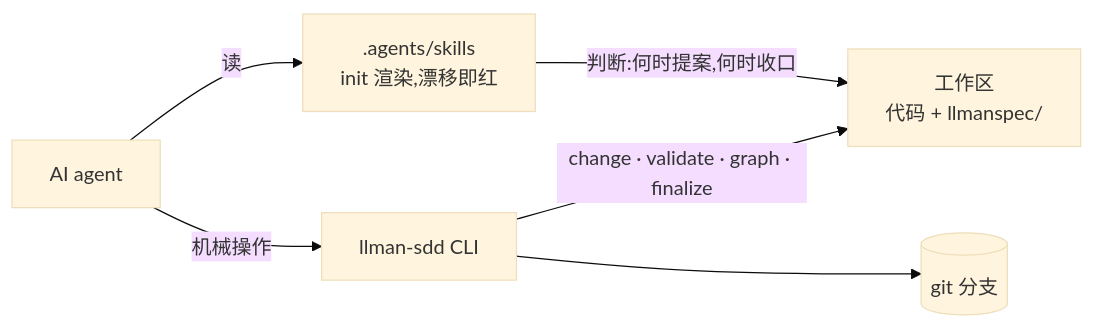
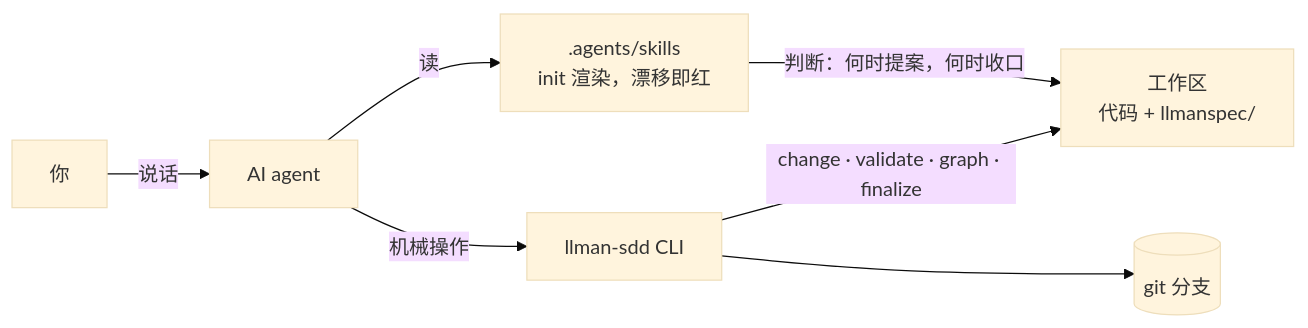
The fourth of 4 diagrams in README.md (StrayDragon/llman-sdd), drawn with Mermaid (base theme) before and after one commit. The commit also changed other lines of this file, not shown here.

First line of the commit message:
docs(readme): 重写为体验优先结构,修正过期内容并补 skills 跳转

````diff
--- a/README.md
+++ b/README.md
@@ -94,8 +115,9 @@
 ```mermaid
 flowchart LR
-    agent["AI agent"] -->|读| skills[".agents/skills<br/>init 渲染,漂移即红"]
-    skills -->|判断:何时提案,何时收口| repo["工作区<br/>代码 + llmanspec/"]
+    you["你"] -->|说话| agent["AI agent"]
+    agent -->|读| skills[".agents/skills<br/>init 渲染，漂移即红"]
+    skills -->|判断：何时提案，何时收口| repo["工作区<br/>代码 + llmanspec/"]
     agent -->|机械操作| cli["llman-sdd CLI"]
     cli -->|change · validate · graph · finalize| repo
     cli --> git[("git 分支")]
 ```
````
